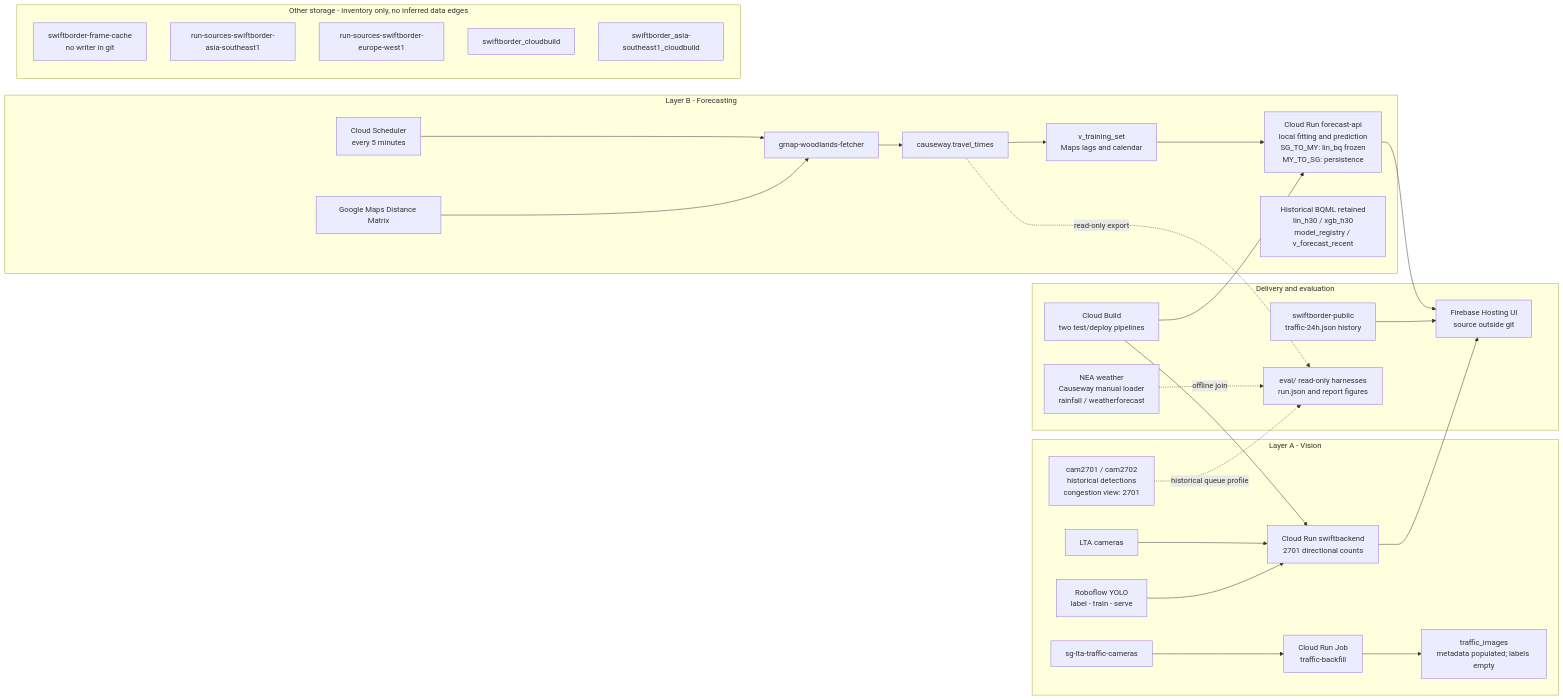
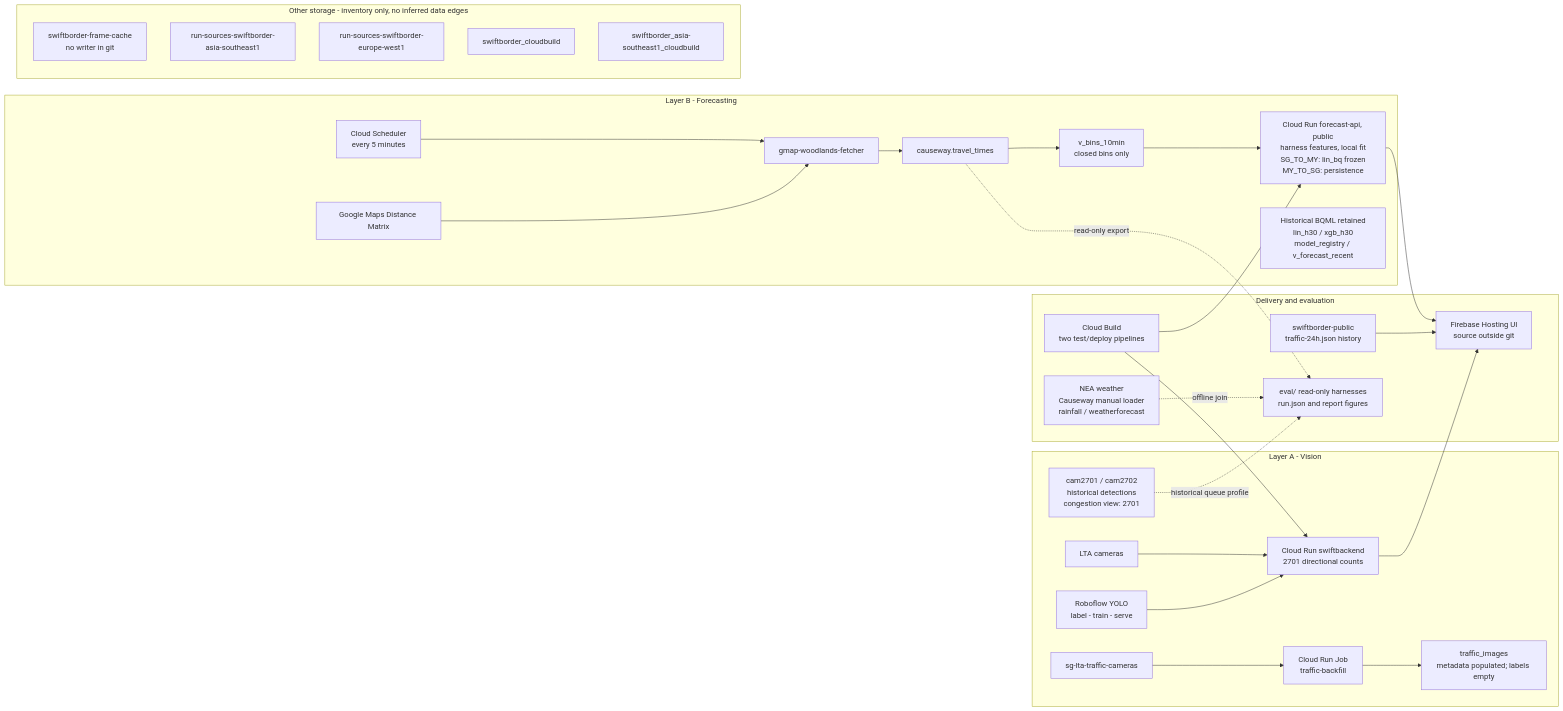
Before and after one commit to sozuken-max/swiftborder: the second of 2 diagrams in docs/architecture.md, drawn with Mermaid. The commit also changed other lines of this file and 22 other files, not shown here.

First line of the commit message:
Address final-report readiness: serving availability, gap-safe features, pooled inference, public access

````diff
--- a/docs/architecture.md
+++ b/docs/architecture.md
@@ -82,37 +82,37 @@
 ```mermaid
 flowchart LR
   subgraph LA["Layer A - Vision"]
     LTA["LTA cameras"] --> SB["Cloud Run swiftbackend<br/>2701 directional counts"]
     RF["Roboflow YOLO<br/>label - train - serve"] --> SB
     CAM["sg-lta-traffic-cameras"] --> JOB["Cloud Run Job<br/>traffic-backfill"]
     JOB --> META["traffic_images<br/>metadata populated; labels empty"]
     HIST["cam2701 / cam2702<br/>historical detections<br/>congestion view: 2701"]
   end
   subgraph LB["Layer B - Forecasting"]
     SCH["Cloud Scheduler<br/>every 5 minutes"] --> ING["gmap-woodlands-fetcher"]
     MAPS["Google Maps Distance Matrix"] --> ING
     ING --> TT["causeway.travel_times"]
-    TT --> FEATURES["v_training_set<br/>Maps lags and calendar"]
-    FEATURES --> API["Cloud Run forecast-api<br/>local fitting and prediction<br/>SG_TO_MY: lin_bq frozen<br/>MY_TO_SG: persistence"]
+    TT --> FEATURES["v_bins_10min<br/>closed bins only"]
+    FEATURES --> API["Cloud Run forecast-api, public<br/>harness features, local fit<br/>SG_TO_MY: lin_bq frozen<br/>MY_TO_SG: persistence"]
     LEGACY["Historical BQML retained<br/>lin_h30 / xgb_h30<br/>model_registry / v_forecast_recent"]
   end
   subgraph DELIVERY["Delivery and evaluation"]
     BUILD["Cloud Build<br/>two test/deploy pipelines"] --> SB
     BUILD --> API
     UI["Firebase Hosting UI<br/>source outside git"]
     SB --> UI
     API --> UI
     PUB["swiftborder-public<br/>traffic-24h.json history"] --> UI
     EVAL["eval/ read-only harnesses<br/>run.json and report figures"]
     WX["NEA weather<br/>Causeway manual loader<br/>rainfall / weatherforecast"] -.->|"offline join"| EVAL
     HIST -.->|"historical queue profile"| EVAL
     TT -.->|"read-only export"| EVAL
   end
   subgraph STORAGE["Other storage - inventory only, no inferred data edges"]
     CACHE["swiftborder-frame-cache<br/>no writer in git"]
     RS1["run-sources-swiftborder-asia-southeast1"]
     RS2["run-sources-swiftborder-europe-west1"]
     CB["swiftborder_cloudbuild"]
     CBA["swiftborder_asia-southeast1_cloudbuild"]
   end
 ```
````
